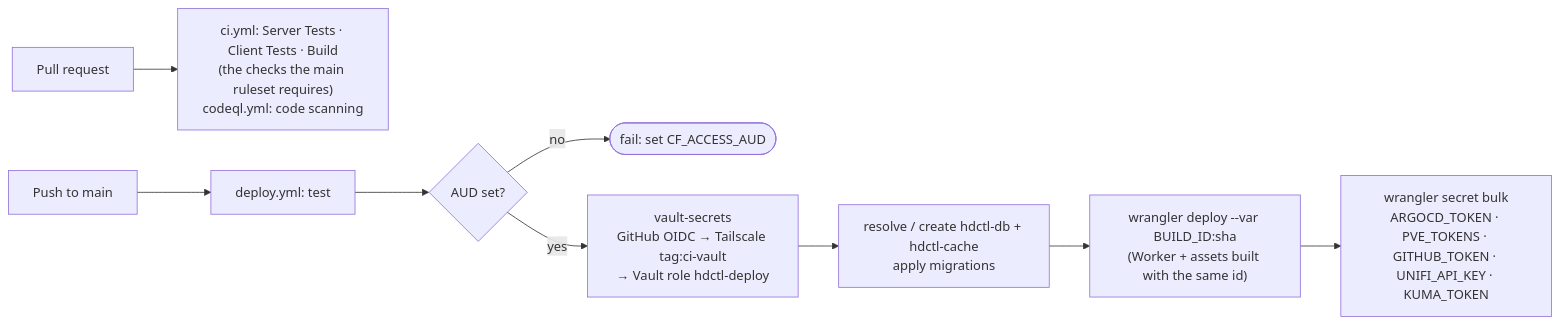
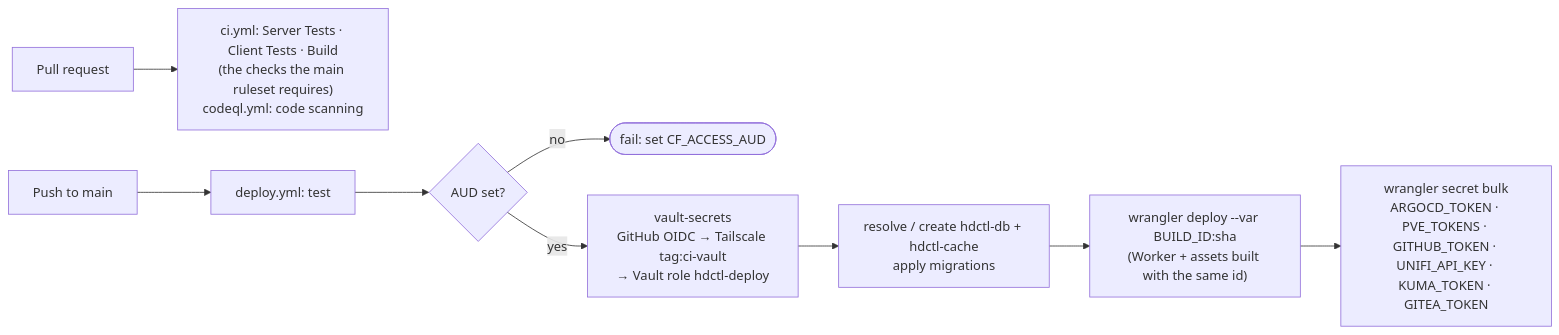
Before and after one commit to mike12806/hdctl: the third of 3 diagrams in docs/operations.md, drawn with Mermaid. The commit also changed other lines of this file and 13 other files, not shown here.

````diff
--- a/docs/operations.md
+++ b/docs/operations.md
@@ -120,11 +135,11 @@
 ```mermaid
 flowchart LR
   pr["Pull request"] --> ci["ci.yml: Server Tests · Client Tests · Build<br/>(the checks the main ruleset requires)<br/>codeql.yml: code scanning"]
   main["Push to main"] --> test["deploy.yml: test"]
   test --> aud{"AUD set?"}
   aud -->|no| stop(["fail: set CF_ACCESS_AUD"])
   aud -->|yes| vault["vault-secrets<br/>GitHub OIDC → Tailscale tag:ci-vault<br/>→ Vault role hdctl-deploy"]
   vault --> d1["resolve / create hdctl-db + hdctl-cache<br/>apply migrations"]
   d1 --> dep["wrangler deploy --var BUILD_ID:sha<br/>(Worker + assets built with the same id)"]
-  dep --> sec["wrangler secret bulk<br/>ARGOCD_TOKEN · PVE_TOKENS · GITHUB_TOKEN · UNIFI_API_KEY · KUMA_TOKEN"]
+  dep --> sec["wrangler secret bulk<br/>ARGOCD_TOKEN · PVE_TOKENS · GITHUB_TOKEN · UNIFI_API_KEY · KUMA_TOKEN · GITEA_TOKEN"]
 ```
````
